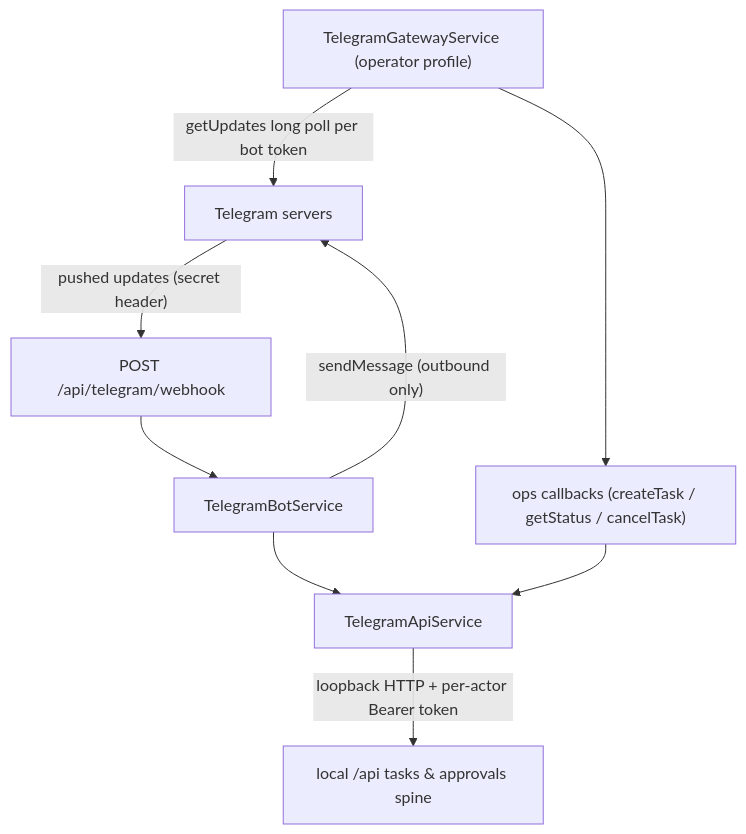
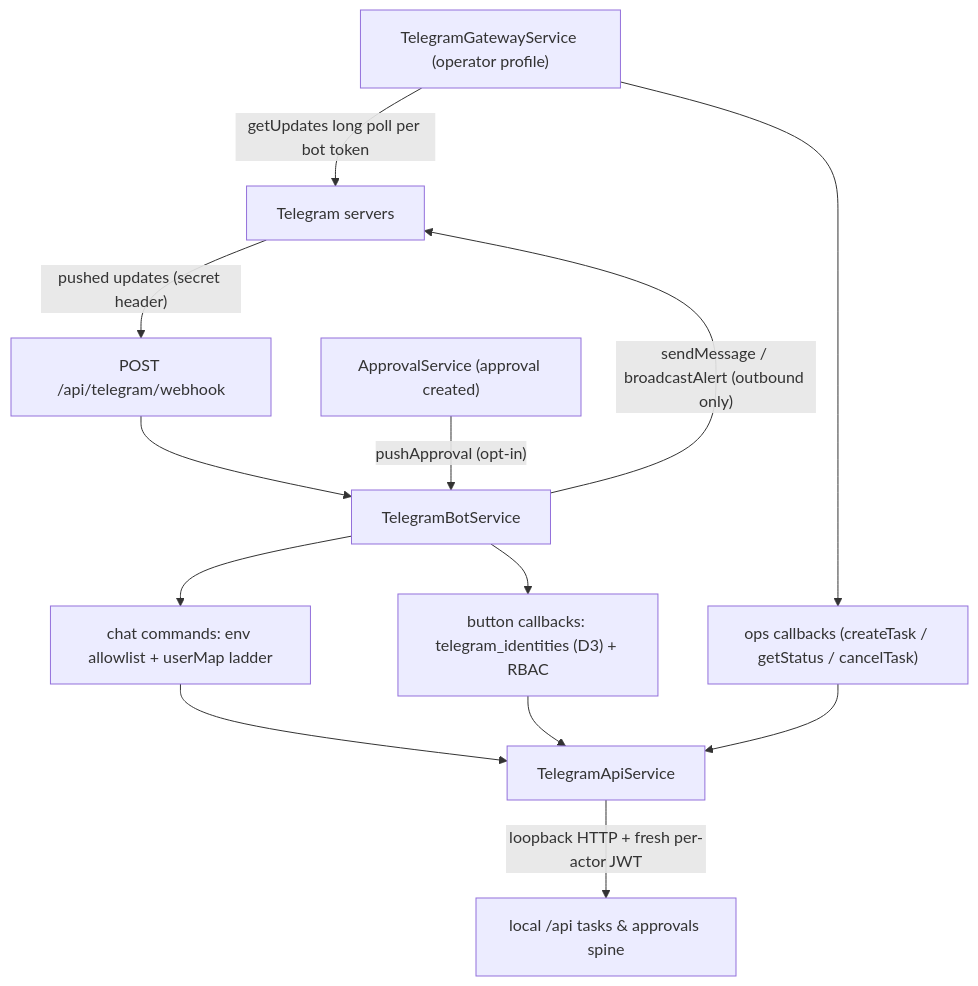
One commit to djimit/djimitflo changed the diagram in openwiki/integrations/telegram-bot.md. Above: the diagram before and after it, drawn with Mermaid. The commit also changed other lines of this file and 45 other files, not shown here.

````diff
--- a/openwiki/integrations/telegram-bot.md
+++ b/openwiki/integrations/telegram-bot.md
@@ -63,11 +82,15 @@
 ```mermaid
 flowchart TD
   TG["Telegram servers"] -->|"pushed updates (secret header)"| WH["POST /api/telegram/webhook"]
   GW["TelegramGatewayService (operator profile)"] -->|"getUpdates long poll per bot token"| TG
   WH --> SVC["TelegramBotService"]
   GW --> SVC2["ops callbacks (createTask / getStatus / cancelTask)"]
-  SVC --> TAPI["TelegramApiService"]
+  SVC --> CMD["chat commands: env allowlist + userMap ladder"]
+  SVC --> BTN["button callbacks: telegram_identities (D3) + RBAC"]
+  CMD --> TAPI["TelegramApiService"]
+  BTN --> TAPI
   SVC2 --> TAPI
-  TAPI -->|"loopback HTTP + per-actor Bearer token"| API["local /api tasks & approvals spine"]
-  SVC -->|"sendMessage (outbound only)"| TG
+  TAPI -->|"loopback HTTP + fresh per-actor JWT"| API["local /api tasks & approvals spine"]
+  APPR["ApprovalService (approval created)"] -->|"pushApproval (opt-in)"| SVC
+  SVC -->|"sendMessage / broadcastAlert (outbound only)"| TG
 ```
````
